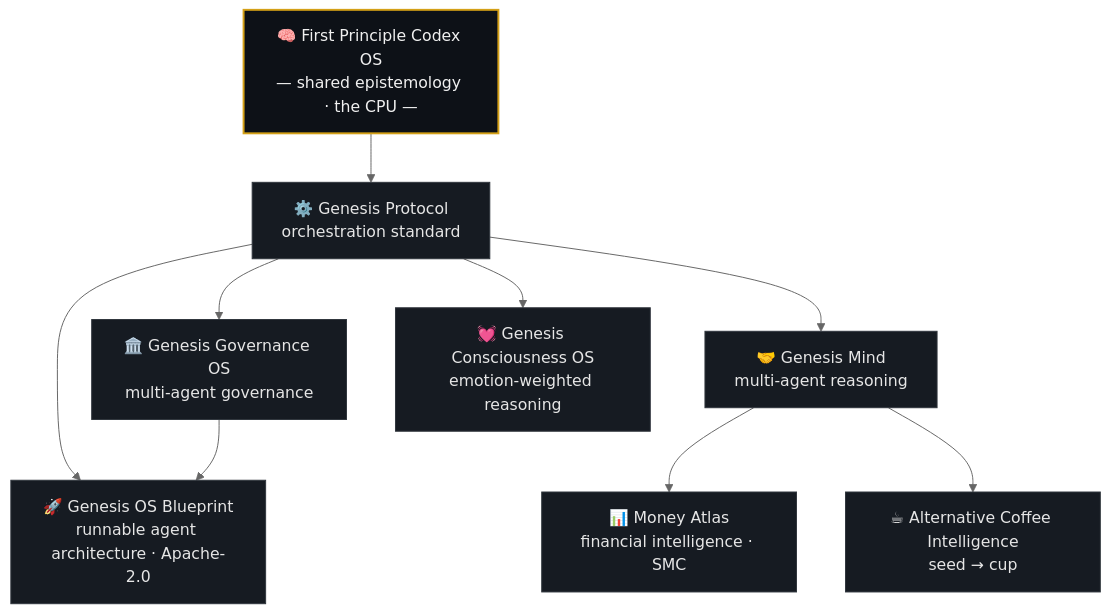
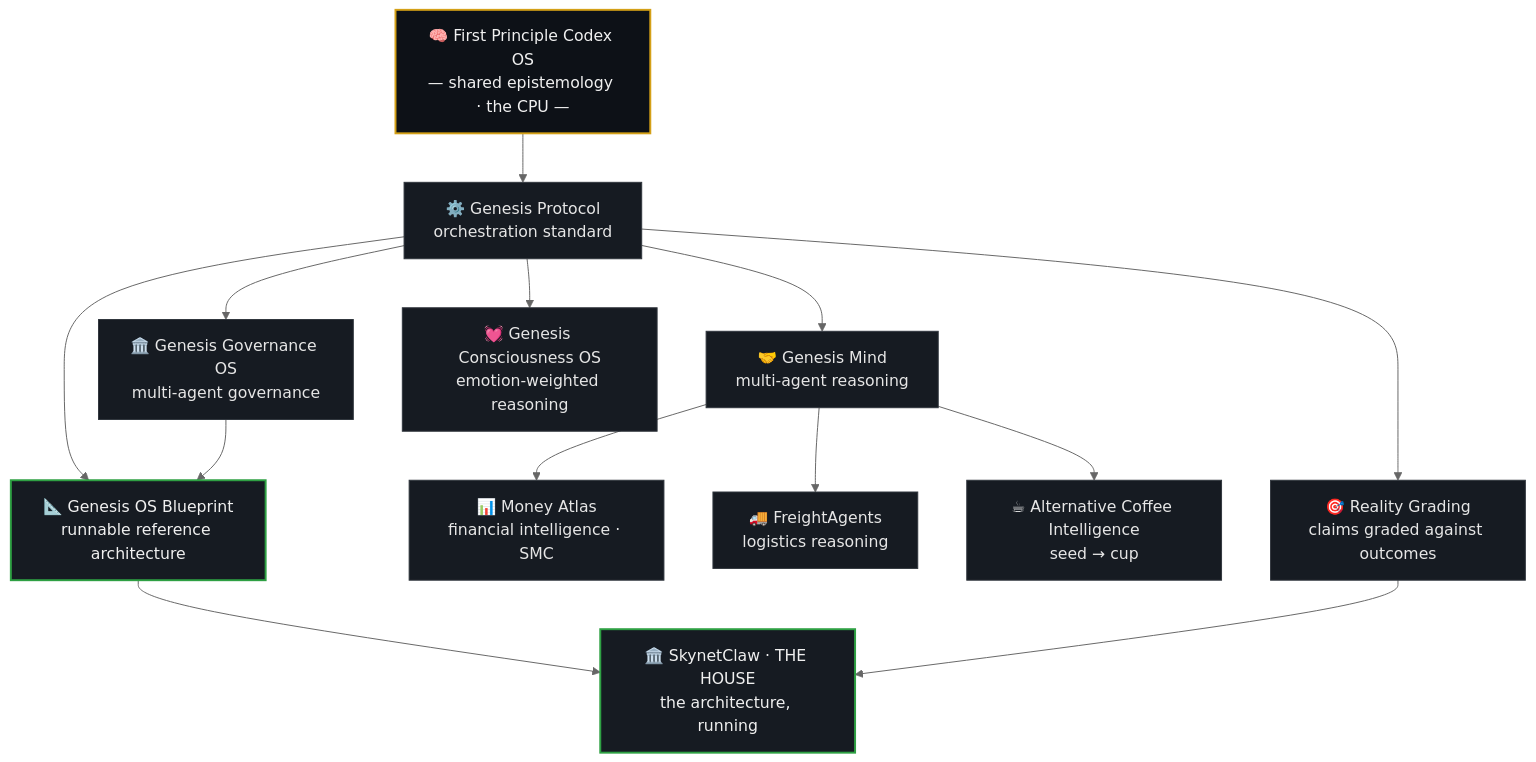
Before and after one commit to ElmatadorZ/ElmatadorZ: the diagram in README.md, drawn with Mermaid (neutral theme). The commit also changed other lines of this file, not shown here.

````diff
--- a/README.md
+++ b/README.md
@@ -58,24 +68,34 @@
 ```mermaid
 graph TD
     FPCOS["🧠 First Principle Codex OS<br/>— shared epistemology · the CPU —"]
     GP["⚙️ Genesis Protocol<br/>orchestration standard"]
     GGOV["🏛️ Genesis Governance OS<br/>multi-agent governance"]
     GM["🤝 Genesis Mind<br/>multi-agent reasoning"]
     GC["💓 Genesis Consciousness OS<br/>emotion-weighted reasoning"]
+    RG["🎯 Reality Grading<br/>claims graded against outcomes"]
     MA["📊 Money Atlas<br/>financial intelligence · SMC"]
+    FR["🚚 FreightAgents<br/>logistics reasoning"]
     COF["☕ Alternative Coffee Intelligence<br/>seed → cup"]
+    GOSB["📐 Genesis OS Blueprint<br/>runnable reference architecture"]
+    SC["🏛️ SkynetClaw · THE HOUSE<br/>the architecture, running"]
 
     FPCOS --> GP
     GP --> GGOV
     GP --> GM
     GP --> GC
+    GP --> RG
     GM --> MA
+    GM --> FR
     GM --> COF
-    GP --> GOSB["🚀 Genesis OS Blueprint<br/>runnable agent architecture · Apache-2.0"]
+    GP --> GOSB
     GGOV --> GOSB
+    GOSB --> SC
+    RG --> SC
 
     classDef base fill:#0d1117,stroke:#d4a017,stroke-width:2px,color:#f0f0f0;
+    classDef ship fill:#161b22,stroke:#2ea043,stroke-width:2px,color:#f0f0f0;
     classDef node fill:#161b22,stroke:#30363d,stroke-width:1px,color:#e6e6e6;
     class FPCOS base;
-    class GP,GGOV,GM,GC,MA,COF,GOSB node;
+    class SC,GOSB ship;
+    class GP,GGOV,GM,GC,RG,MA,FR,COF node;
 ```
````
